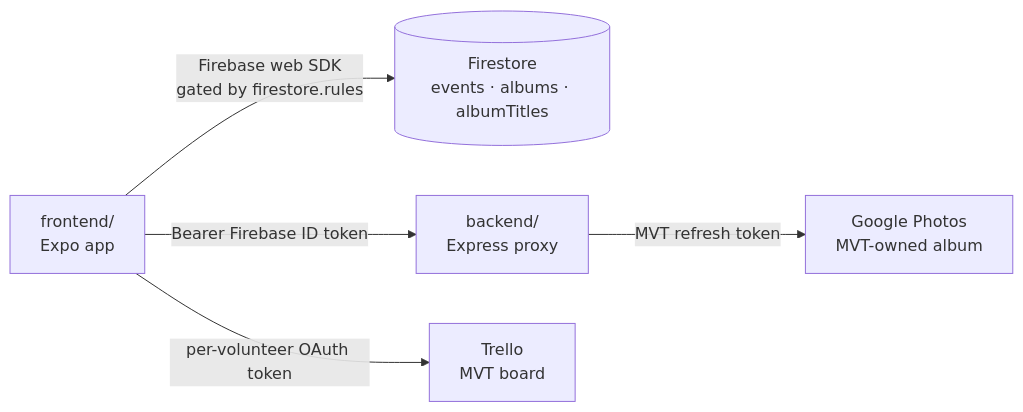
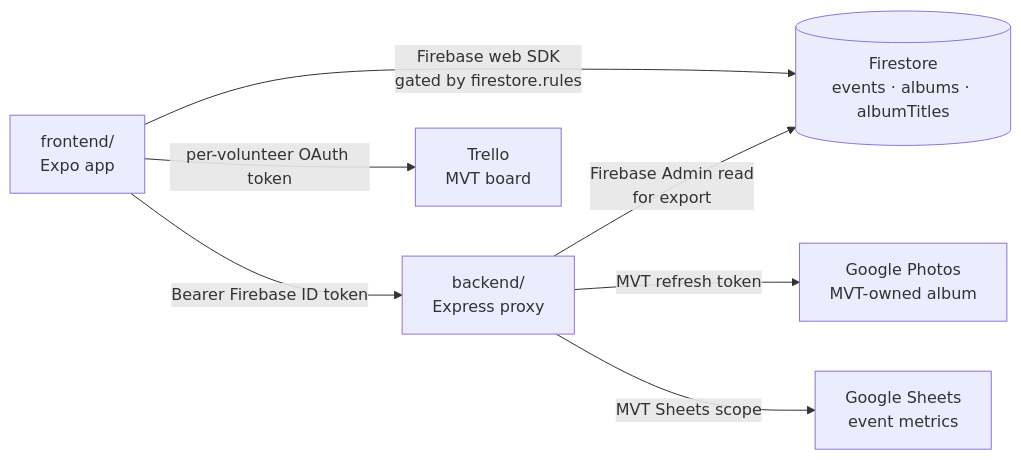
The first of 3 diagrams in docs/ARCHITECTURE.md (Hack4Impact-UMD/mount-vernon-trail), drawn with Mermaid before and after one commit. The commit also changed other lines of this file and 26 other files, not shown here.

Commit message:
Adds backend export of completed event metrics to the MVT Google Sheet when an event is published

````diff
--- a/docs/ARCHITECTURE.md
+++ b/docs/ARCHITECTURE.md
@@ -10,13 +10,16 @@
 ```mermaid
 graph LR
     App["frontend/<br/>Expo app"]
     FS[("Firestore<br/>events · albums · albumTitles")]
     BE["backend/<br/>Express proxy"]
     GP["Google Photos<br/>MVT-owned album"]
+    GS["Google Sheets<br/>event metrics"]
     TR["Trello<br/>MVT board"]
 
     App -->|"Firebase web SDK<br/>gated by firestore.rules"| FS
     App -->|"Bearer Firebase ID token"| BE
+    BE -->|"Firebase Admin read<br/>for export"| FS
     BE -->|"MVT refresh token"| GP
+    BE -->|"MVT Sheets scope"| GS
     App -->|"per-volunteer OAuth token"| TR
 ```
````
